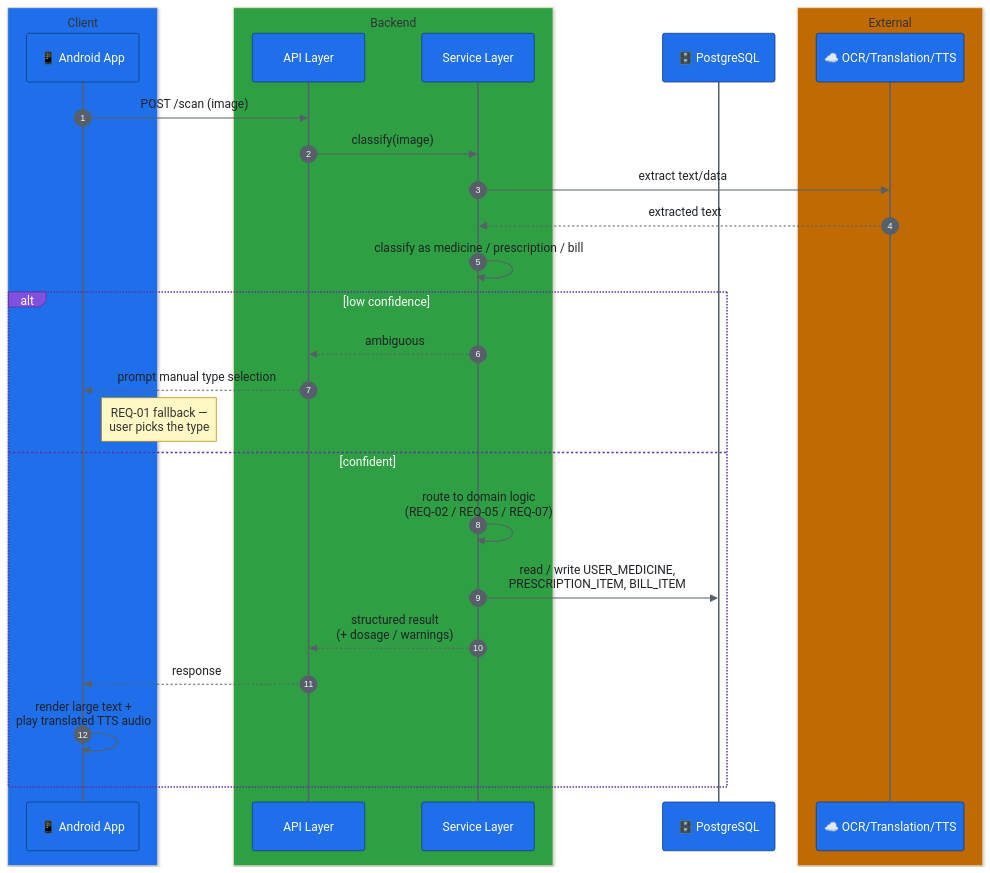
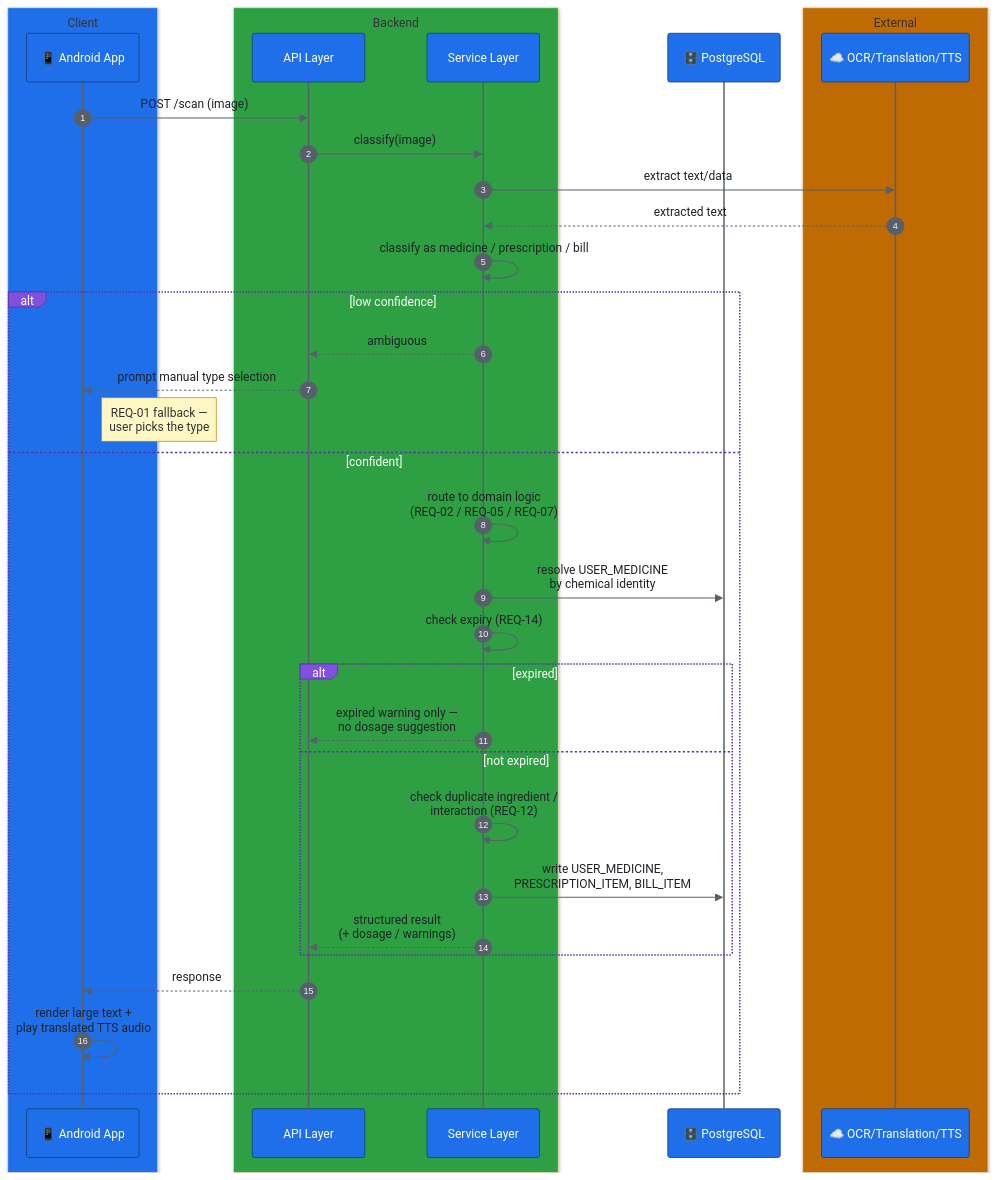
The second of 5 diagrams in Arch/ARCH-05-flows.md (bhuvi-garg/Med-Verify), drawn with Mermaid before and after one commit. The commit also changed other lines of this file and 11 other files, not shown here.

````diff
--- a/Arch/ARCH-05-flows.md
+++ b/Arch/ARCH-05-flows.md
@@ -9,34 +55,41 @@
 ```mermaid
 %%{init: {"theme": "base", "themeVariables": {"actorBkg": "#1f6feb", "actorBorder": "#123a75", "actorTextColor": "#ffffff", "actorLineColor": "#57606a", "signalColor": "#57606a", "signalTextColor": "#1f2328", "labelBoxBkgColor": "#8250df", "labelBoxBorderColor": "#5a32a3", "labelTextColor": "#ffffff", "noteBkgColor": "#fff8c5", "noteBorderColor": "#bf8700"}} }%%
 sequenceDiagram
     autonumber
     box rgb(31,111,235) Client
         participant App as 📱 Android App
     end
     box rgb(46,160,67) Backend
         participant API as API Layer
         participant SVC as Service Layer
     end
     participant DB as 🗄️ PostgreSQL
     box rgb(191,106,2) External
         participant EXT as ☁️ OCR/Translation/TTS
     end
 
     App->>API: POST /scan (image)
     API->>SVC: classify(image)
     SVC->>EXT: extract text/data
     EXT-->>SVC: extracted text
     SVC->>SVC: classify as medicine / prescription / bill
 
     alt low confidence
         SVC-->>API: ambiguous
         API-->>App: prompt manual type selection
         Note right of App: REQ-01 fallback —<br/>user picks the type
     else confident
         SVC->>SVC: route to domain logic<br/>(REQ-02 / REQ-05 / REQ-07)
-        SVC->>DB: read / write USER_MEDICINE,<br/>PRESCRIPTION_ITEM, BILL_ITEM
-        SVC-->>API: structured result<br/>(+ dosage / warnings)
+        SVC->>DB: resolve USER_MEDICINE<br/>by chemical identity
+        SVC->>SVC: check expiry (REQ-14)
+        alt expired
+            SVC-->>API: expired warning only —<br/>no dosage suggestion
+        else not expired
+            SVC->>SVC: check duplicate ingredient /<br/>interaction (REQ-12)
+            SVC->>DB: write USER_MEDICINE,<br/>PRESCRIPTION_ITEM, BILL_ITEM
+            SVC-->>API: structured result<br/>(+ dosage / warnings)
+        end
         API-->>App: response
         App->>App: render large text +<br/>play translated TTS audio
     end
 ```
````
